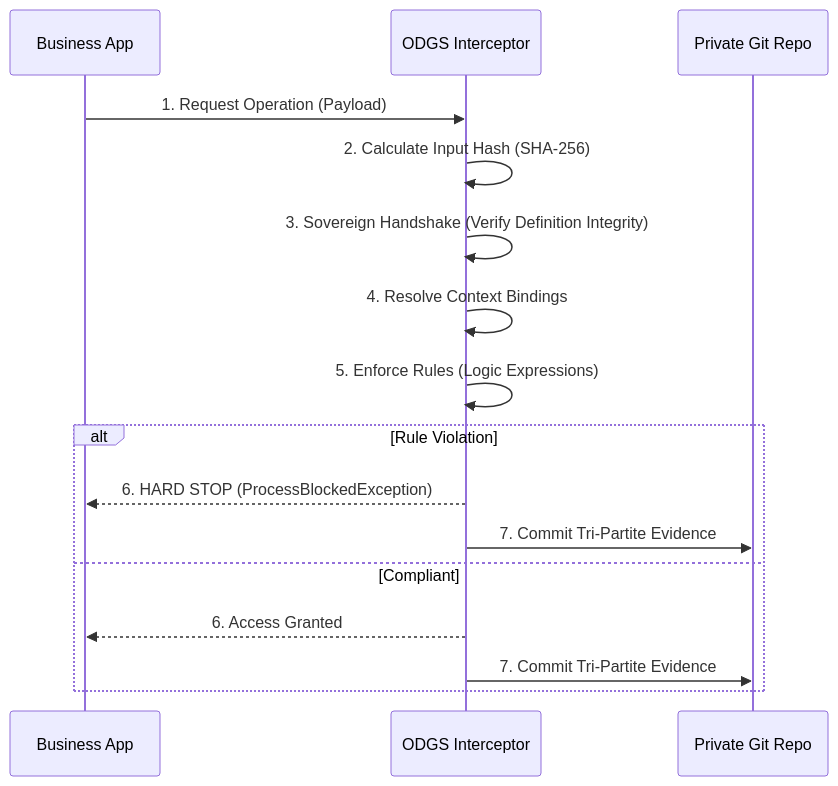
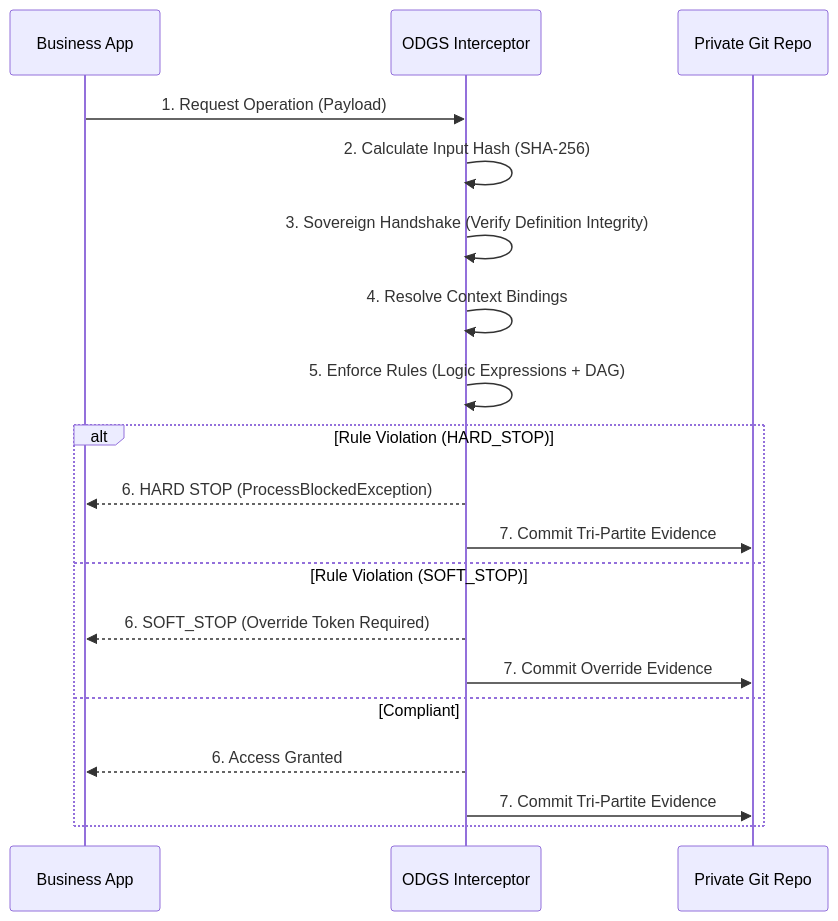
The second of 2 diagrams in 2_INFORMATIVE_REFERENCE/architecture/architecture.md (MetricProvenance/odgs-protocol), drawn with Mermaid before and after one commit. The commit also changed other lines of this file and 22 other files, not shown here.

````diff
--- a/2_INFORMATIVE_REFERENCE/architecture/architecture.md
+++ b/2_INFORMATIVE_REFERENCE/architecture/architecture.md
@@ -63,18 +63,21 @@
 ```mermaid
 sequenceDiagram
     participant App as Business App
     participant Sidecar as ODGS Interceptor
     participant Git as Private Git Repo
     App->>Sidecar: 1. Request Operation (Payload)
     Sidecar->>Sidecar: 2. Calculate Input Hash (SHA-256)
     Sidecar->>Sidecar: 3. Sovereign Handshake (Verify Definition Integrity)
     Sidecar->>Sidecar: 4. Resolve Context Bindings
-    Sidecar->>Sidecar: 5. Enforce Rules (Logic Expressions)
-    alt Rule Violation
+    Sidecar->>Sidecar: 5. Enforce Rules (Logic Expressions + DAG)
+    alt Rule Violation (HARD_STOP)
         Sidecar-->>App: 6. HARD STOP (ProcessBlockedException)
         Sidecar->>Git: 7. Commit Tri-Partite Evidence
+    else Rule Violation (SOFT_STOP)
+        Sidecar-->>App: 6. SOFT_STOP (Override Token Required)
+        Sidecar->>Git: 7. Commit Override Evidence
     else Compliant
         Sidecar-->>App: 6. Access Granted
         Sidecar->>Git: 7. Commit Tri-Partite Evidence
     end
 ```
````
